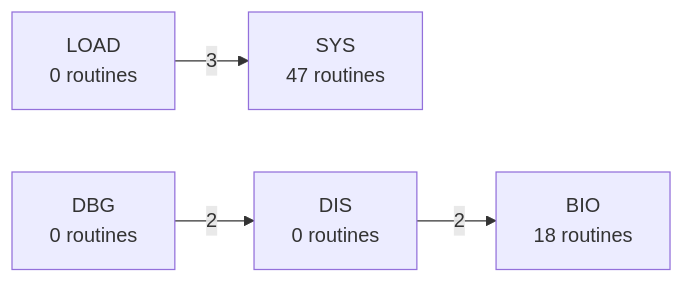
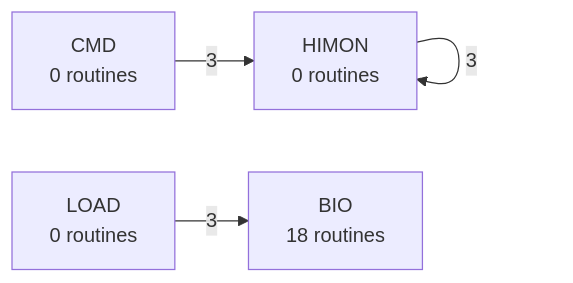
The fourth of 7 diagrams in DOC/GENERATED/ROUTINE_PREFIX_MAP.md (95westus/R-YORS), drawn with Mermaid before and after one commit. The commit also changed other lines of this file and 25 other files, not shown here.

````diff
--- a/DOC/GENERATED/ROUTINE_PREFIX_MAP.md
+++ b/DOC/GENERATED/ROUTINE_PREFIX_MAP.md
@@ -64,6 +64,6 @@
 ```mermaid
 flowchart LR
-    P_LOAD["LOAD<br/>0 routines"] -->|3| P_SYS["SYS<br/>47 routines"]
-    P_DBG["DBG<br/>0 routines"] -->|2| P_DIS["DIS<br/>0 routines"]
-    P_DIS["DIS<br/>0 routines"] -->|2| P_BIO["BIO<br/>18 routines"]
+    P_CMD["CMD<br/>0 routines"] -->|3| P_HIMON["HIMON<br/>0 routines"]
+    P_HIMON["HIMON<br/>0 routines"] -->|3| P_HIMON["HIMON<br/>0 routines"]
+    P_LOAD["LOAD<br/>0 routines"] -->|3| P_BIO["BIO<br/>18 routines"]
 ```
````
